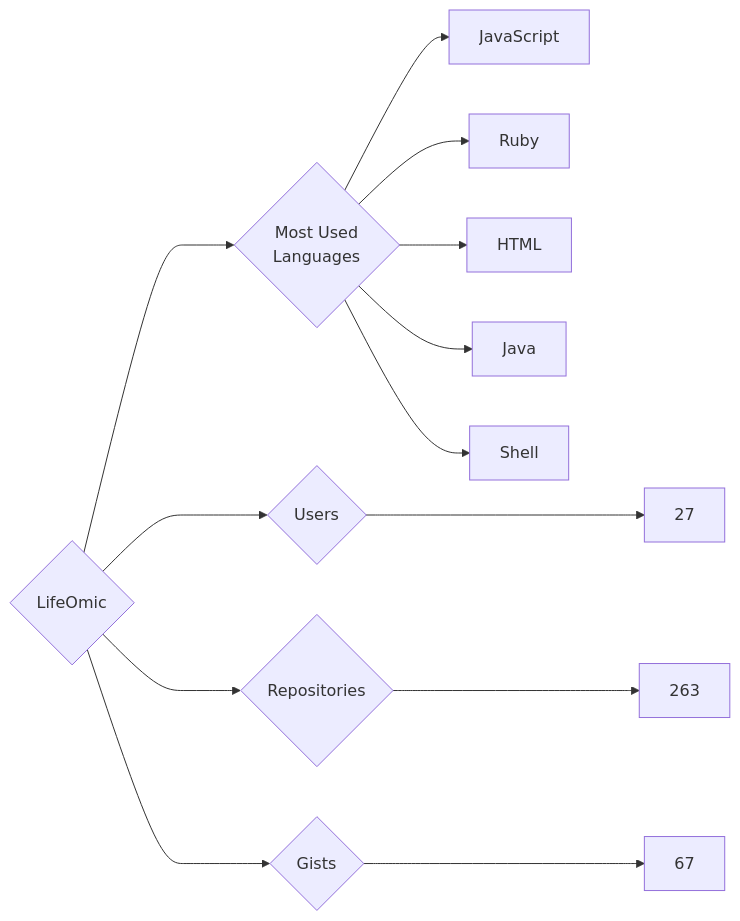
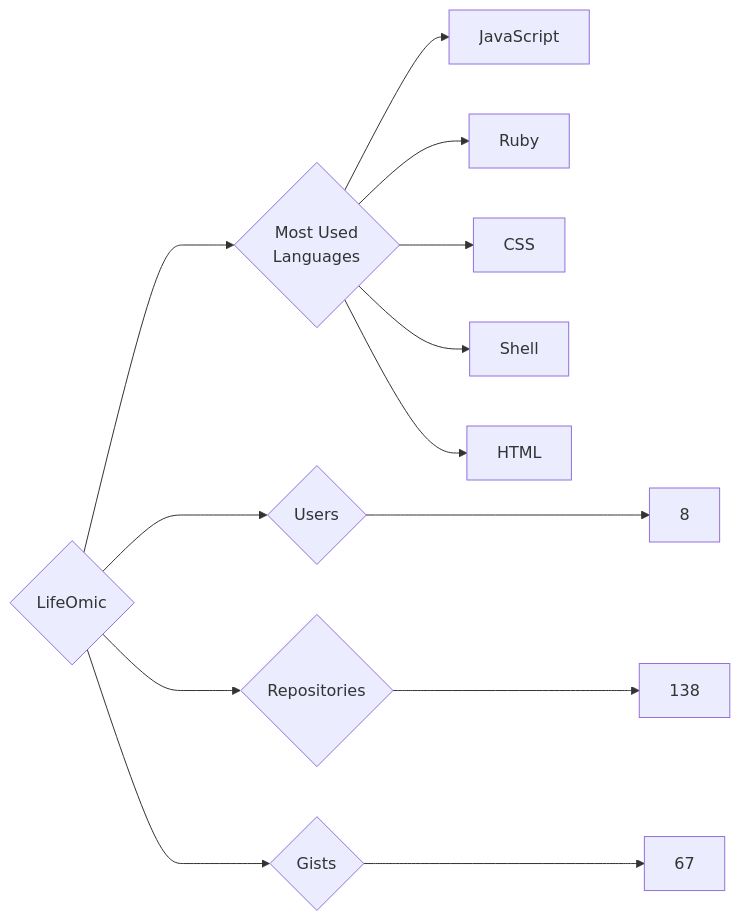
The diagram in targets/LifeOmic/README.md (trickest/insiders), drawn with Mermaid before and after one commit. The commit also changed 757 other files, not shown here.

````diff
--- a/targets/LifeOmic/README.md
+++ b/targets/LifeOmic/README.md
@@ -3,13 +3,13 @@
 ```mermaid
 graph LR
 COMPANY_NAME{LifeOmic}
-COMPANY_NAME ---> U{Users} ---> UN[27]
-COMPANY_NAME ---> R{Repositories} ---> RN[263]
+COMPANY_NAME ---> U{Users} ---> UN[8]
+COMPANY_NAME ---> R{Repositories} ---> RN[138]
 COMPANY_NAME ---> G{Gists} ---> GN[67]
 COMPANY_NAME ---> ML{Most Used<br>Languages}
 ML --> JavaScript[JavaScript]
 ML --> Ruby[Ruby]
+ML --> CSS[CSS]
+ML --> Shell[Shell]
 ML --> HTML[HTML]
-ML --> Java[Java]
-ML --> Shell[Shell]
 ```
````
